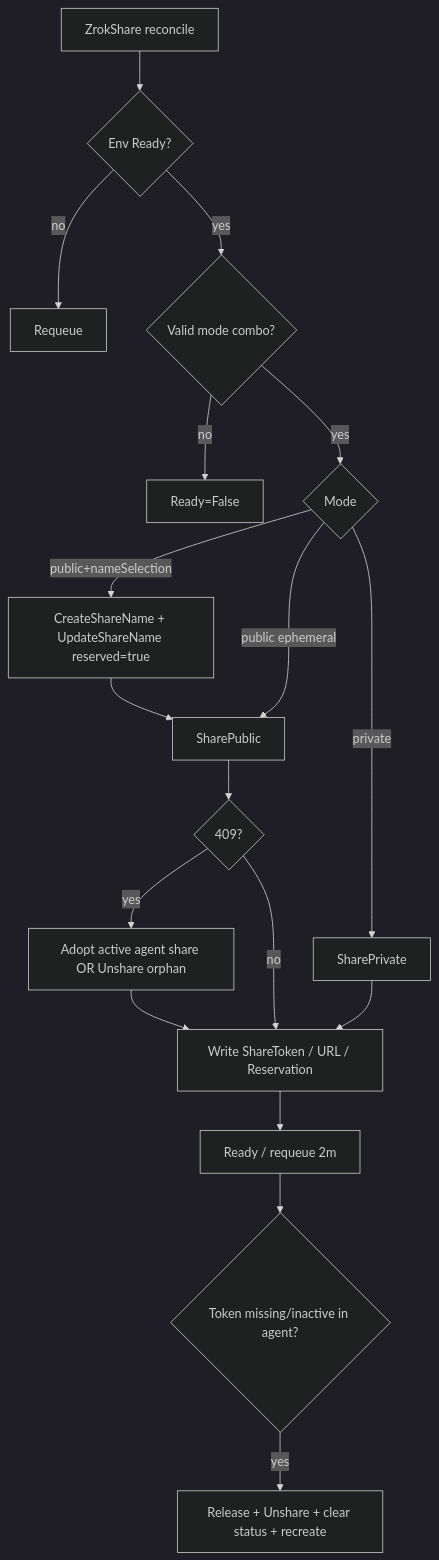
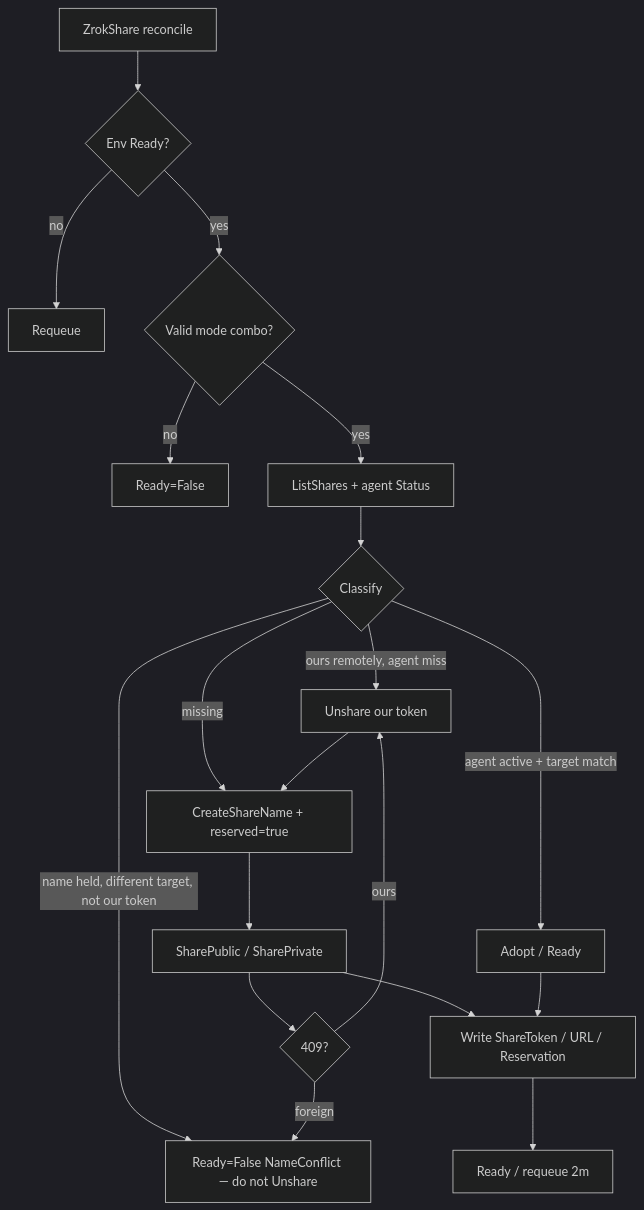
Before and after one commit to vulkoingim/zrok-operator: the diagram in .memory-bank/areas/share-lifecycle.md, drawn with Mermaid (dark theme). The commit also changed other lines of this file and 25 other files, not shown here.

First line of the commit message:
Stop Unsharing reserved names that belong to a different upstream.

````diff
--- a/.memory-bank/areas/share-lifecycle.md
+++ b/.memory-bank/areas/share-lifecycle.md
@@ -11,20 +13,21 @@
 ```mermaid
 flowchart TD
   start[ZrokShare reconcile] --> envReady{Env Ready?}
   envReady -->|no| wait[Requeue]
   envReady -->|yes| validate{Valid mode combo?}
   validate -->|no| fail[Ready=False]
-  validate -->|yes| mode{Mode}
-  mode -->|public+nameSelection| reserve[CreateShareName + UpdateShareName reserved=true]
-  mode -->|public ephemeral| pub[SharePublic]
-  mode -->|private| priv[SharePrivate]
-  reserve --> pub
-  pub --> conflict{409?}
-  conflict -->|yes| adopt[Adopt active agent share OR Unshare orphan]
-  conflict -->|no| status[Write ShareToken / URL / Reservation]
-  priv --> status
-  adopt --> status
-  status --> ready[Ready / requeue 2m]
-  ready --> heal{Token missing/inactive in agent?}
-  heal -->|yes| clear[Release + Unshare + clear status + recreate]
+  validate -->|yes| inv[ListShares + agent Status]
+  inv --> cls{Classify}
+  cls -->|name held, different target, not our token| conflict[Ready=False NameConflict — do not Unshare]
+  cls -->|agent active + target match| ready[Adopt / Ready]
+  cls -->|ours remotely, agent miss| rebind[Unshare our token]
+  cls -->|missing| reserve[CreateShareName + reserved=true]
+  rebind --> reserve
+  reserve --> create[SharePublic / SharePrivate]
+  create --> conflict409{409?}
+  conflict409 -->|ours| rebind
+  conflict409 -->|foreign| conflict
+  create --> status[Write ShareToken / URL / Reservation]
+  ready --> status
+  status --> poll[Ready / requeue 2m]
 ```
````
